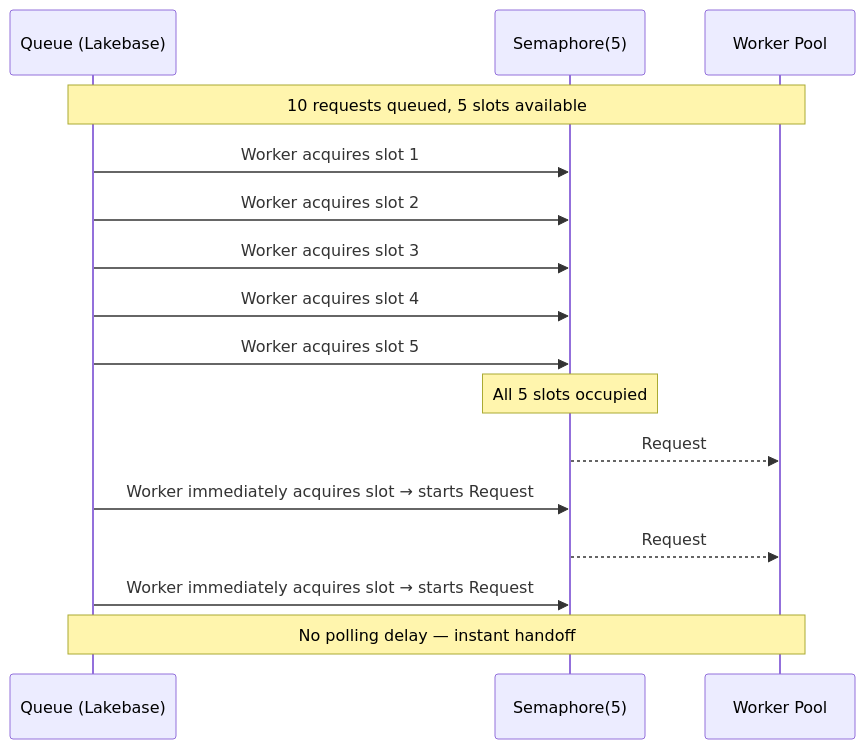
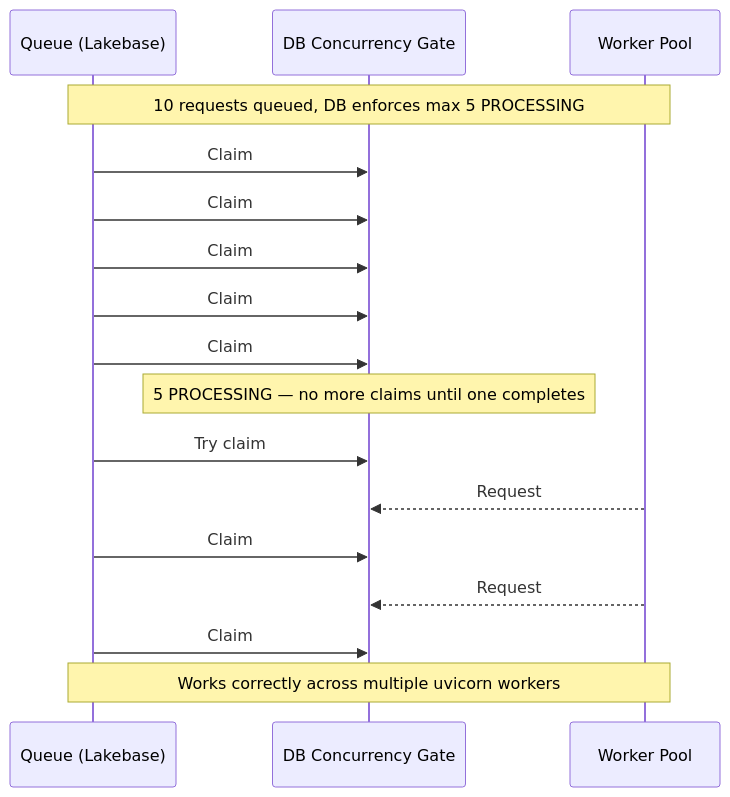
One commit to Karthikeya108/genie-proxy changed the third of 3 diagrams in README.md. Above: the diagram before and after it, drawn with Mermaid. The commit also changed other lines of this file and 14 other files, not shown here.

````diff
--- a/README.md
+++ b/README.md
@@ -82,24 +82,26 @@
 ```mermaid
 sequenceDiagram
     participant Q as Queue (Lakebase)
-    participant S as Semaphore(5)
+    participant DB as DB Concurrency Gate
     participant W as Worker Pool
 
-    Note over Q,W: 10 requests queued, 5 slots available
+    Note over Q,W: 10 requests queued, DB enforces max 5 PROCESSING
 
-    Q->>S: Worker acquires slot 1
-    Q->>S: Worker acquires slot 2
-    Q->>S: Worker acquires slot 3
-    Q->>S: Worker acquires slot 4
-    Q->>S: Worker acquires slot 5
+    Q->>DB: Claim #1 (PROCESSING count: 0 < 5) ✓
+    Q->>DB: Claim #2 (PROCESSING count: 1 < 5) ✓
+    Q->>DB: Claim #3 (PROCESSING count: 2 < 5) ✓
+    Q->>DB: Claim #4 (PROCESSING count: 3 < 5) ✓
+    Q->>DB: Claim #5 (PROCESSING count: 4 < 5) ✓
 
-    Note over S: All 5 slots occupied
+    Note over DB: 5 PROCESSING — no more claims until one completes
 
-    S-->>W: Request #3 completes → slot released
-    Q->>S: Worker immediately acquires slot → starts Request #6
+    Q->>DB: Try claim #6 (count: 5 ≥ 5) ✗ wait...
 
-    S-->>W: Request #1 completes → slot released
-    Q->>S: Worker immediately acquires slot → starts Request #7
+    W-->>DB: Request #3 completes → PROCESSING count drops to 4
+    Q->>DB: Claim #6 (count: 4 < 5) ✓
 
-    Note over Q,W: No polling delay — instant handoff
+    W-->>DB: Request #1 completes → PROCESSING count drops to 4
+    Q->>DB: Claim #7 (count: 4 < 5) ✓
+
+    Note over Q,W: Works correctly across multiple uvicorn workers
 ```
````
